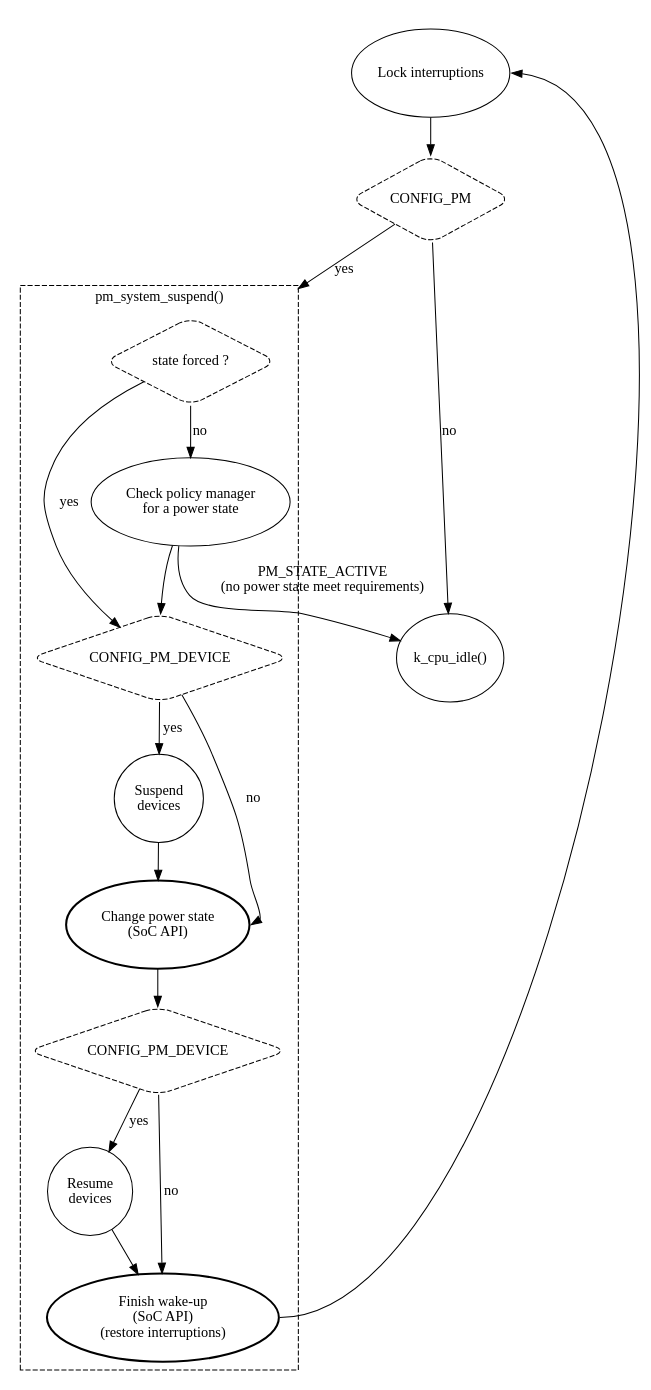
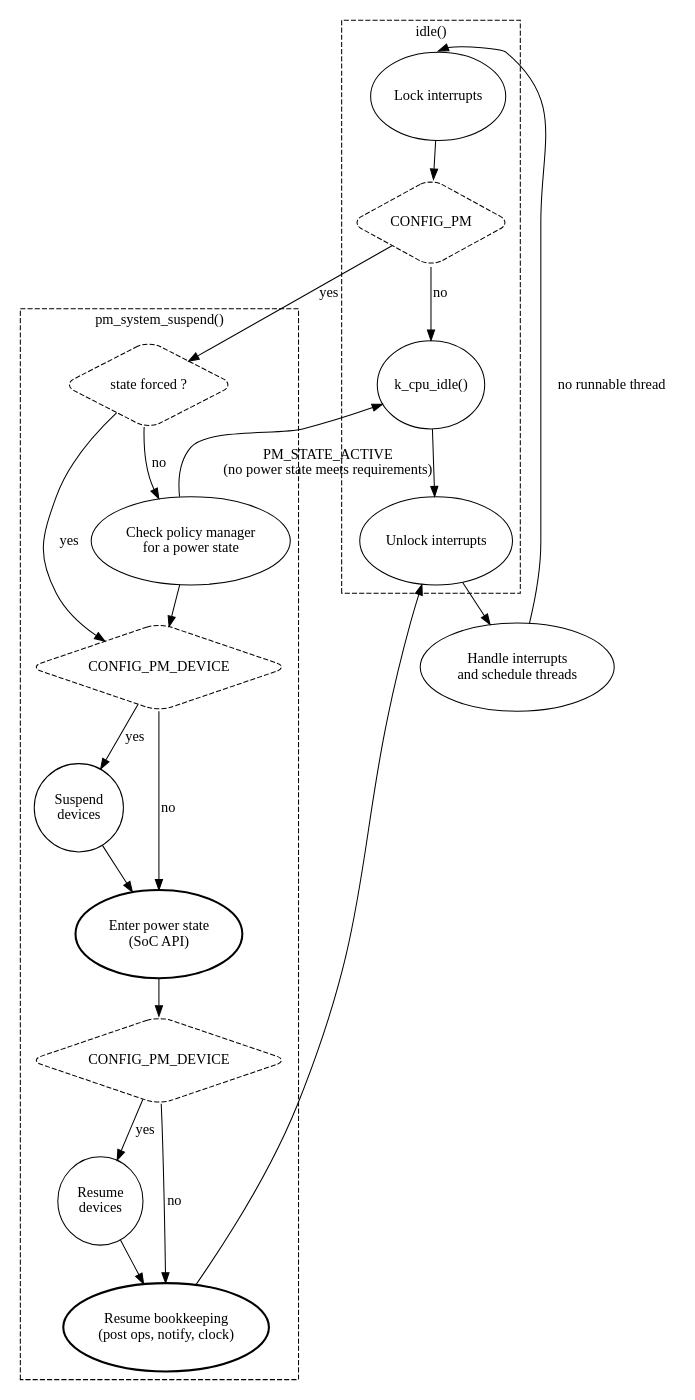
The first of 2 diagrams in doc/services/pm/system.rst (Hiyajomaho-num9/zephyr-rk3506-amp), drawn with Graphviz before and after one commit. The commit also changed other lines of this file and 28836 other files, not shown here.

```diff
--- a/doc/services/pm/system.rst
+++ b/doc/services/pm/system.rst
@@ -24,46 +24,53 @@
 .. graphviz::
    :caption: System power management
 
    digraph G {
        compound=true
        node [height=1.2 style=rounded]
 
-       lock [label="Lock interruptions"]
+       lock [label="Lock interrupts"]
        config_pm [label="CONFIG_PM" shape=diamond style="rounded,dashed"]
        forced_state [label="state forced ?", shape=diamond style="rounded,dashed"]
        config_system_managed_device_pm [label="CONFIG_PM_DEVICE" shape=diamond style="rounded,dashed"]
        config_system_managed_device_pm2 [label="CONFIG_PM_DEVICE" shape=diamond style="rounded,dashed"]
        pm_policy [label="Check policy manager\nfor a power state "]
        pm_suspend_devices [label="Suspend\ndevices"]
        pm_resume_devices [label="Resume\ndevices"]
-       pm_state_set [label="Change power state\n(SoC API)" style="rounded,bold"]
-       pm_system_resume [label="Finish wake-up\n(SoC API)\n(restore interruptions)" style="rounded,bold"]
+       pm_state_set [label="Enter power state\n(SoC API)" style="rounded,bold"]
+       pm_system_resume [label="Resume bookkeeping\n(post ops, notify, clock)" style="rounded,bold"]
+       unlock_irq [label="Unlock interrupts"]
+       handle_interrupts [label="Handle interrupts\nand schedule threads"]
        k_cpu_idle [label="k_cpu_idle()"]
 
-       subgraph cluster_0 {
-              style=invisible;
-              lock -> config_pm
+       subgraph cluster_idle {
+           style=dashed
+           label = "idle()"
+
+           lock -> config_pm
+           config_pm -> k_cpu_idle [label="no"]
+           k_cpu_idle -> unlock_irq
        }
 
-       subgraph cluster_1 {
-                style=dashed
-                label = "pm_system_suspend()"
+       subgraph cluster_pm_system_suspend {
+           style=dashed
+           label = "pm_system_suspend()"
 
-                forced_state -> config_system_managed_device_pm [label="yes"]
-                forced_state -> pm_policy [label="no"]
-                pm_policy -> config_system_managed_device_pm
-                config_system_managed_device_pm -> pm_state_set:e [label="no"]
-                config_system_managed_device_pm -> pm_suspend_devices [label="yes"]
-                pm_suspend_devices -> pm_state_set
-                pm_state_set -> config_system_managed_device_pm2
-                config_system_managed_device_pm2 -> pm_resume_devices [label="yes"]
-                config_system_managed_device_pm2 -> pm_system_resume [label="no"]
-                pm_resume_devices -> pm_system_resume
-        }
+           forced_state -> config_system_managed_device_pm [label="yes"]
+           forced_state -> pm_policy [label="no"]
+           pm_policy -> config_system_managed_device_pm
+           config_system_managed_device_pm -> pm_state_set [label="no"]
+           config_system_managed_device_pm -> pm_suspend_devices [label="yes"]
+           pm_suspend_devices -> pm_state_set
+           pm_state_set -> config_system_managed_device_pm2
+           config_system_managed_device_pm2 -> pm_resume_devices [label="yes"]
+           config_system_managed_device_pm2 -> pm_system_resume [label="no"]
+           pm_resume_devices -> pm_system_resume
+       }
 
-        {rankdir=LR k_cpu_idle; forced_state}
-        pm_policy -> k_cpu_idle [label="PM_STATE_ACTIVE\n(no power state meet requirements)"]
-        config_pm -> k_cpu_idle [label="no"]
-        config_pm -> forced_state [label="yes" lhead="cluster_1"]
-        pm_system_resume:e -> lock:e [constraint=false lhed="cluster_0"]
+       {rankdir=LR k_cpu_idle; forced_state}
+       config_pm -> forced_state [label="yes"]
+       pm_policy -> k_cpu_idle [label="PM_STATE_ACTIVE\n(no power state meets requirements)"]
+       pm_system_resume -> unlock_irq [constraint=false]
+       unlock_irq -> handle_interrupts
+       handle_interrupts -> lock:n [label="no runnable thread"]
    }
```
